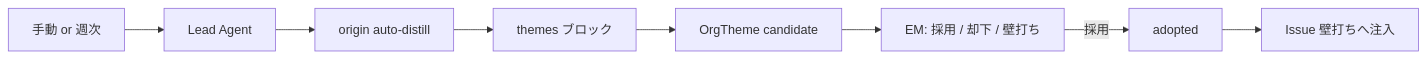
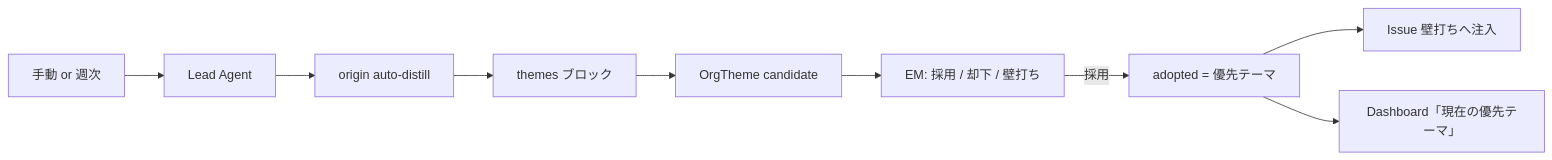
The diagram in docs/knowledge_distillation.md (naokirin/Emther), drawn with Mermaid before and after one commit. The commit also changed other lines of this file and 3 other files, not shown here.

````diff
--- a/docs/knowledge_distillation.md
+++ b/docs/knowledge_distillation.md
@@ -55,10 +55,11 @@
 ```mermaid
 flowchart LR
   trigger[手動 or 週次] --> lead[Lead Agent]
   lead --> run[origin auto-distill]
   run --> themesBlock[themes ブロック]
   themesBlock --> candidate[OrgTheme candidate]
   candidate --> em[EM: 採用 / 却下 / 壁打ち]
-  em -->|採用| adopted[adopted]
+  em -->|採用| adopted[adopted = 優先テーマ]
   adopted --> issueCtx[Issue 壁打ちへ注入]
+  adopted --> dash[Dashboard「現在の優先テーマ」]
 ```
````
